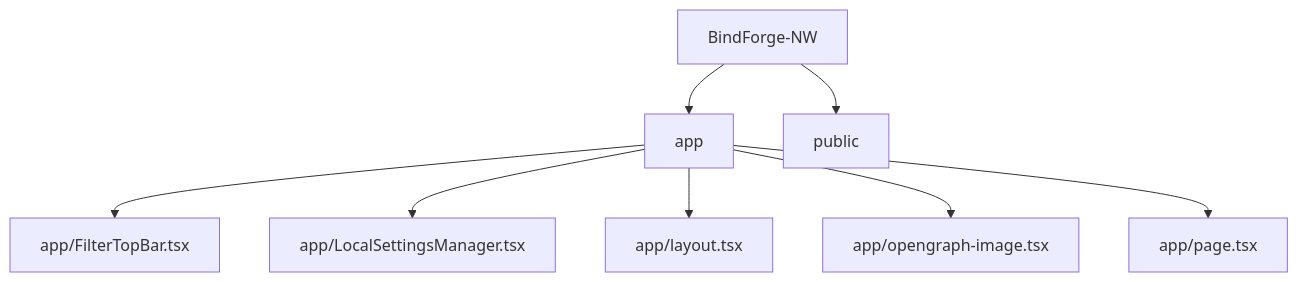
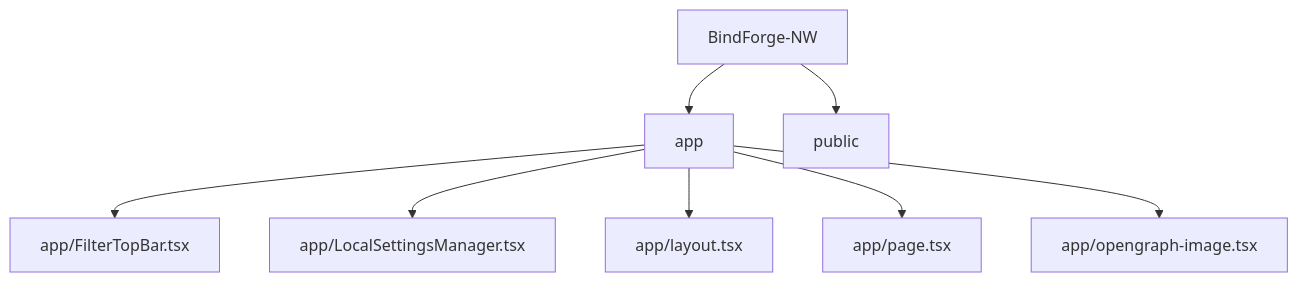
Before and after one commit to Nischhalsubba/BindForge-NW: the second of 5 diagrams in README.md, drawn with Mermaid. The commit also changed other lines of this file, not shown here.

````diff
--- a/README.md
+++ b/README.md
@@ -49,11 +83,11 @@
 ```mermaid
 flowchart TD
     APP["BindForge-NW"]
     APP --> R0["app"]
     APP --> R1["public"]
     R0 --> F0["app/FilterTopBar.tsx"]
     R0 --> F1["app/LocalSettingsManager.tsx"]
     R0 --> F2["app/layout.tsx"]
-    R0 --> F3["app/opengraph-image.tsx"]
-    R0 --> F4["app/page.tsx"]
+    R0 --> F3["app/page.tsx"]
+    R0 --> F4["app/opengraph-image.tsx"]
 ```
````
